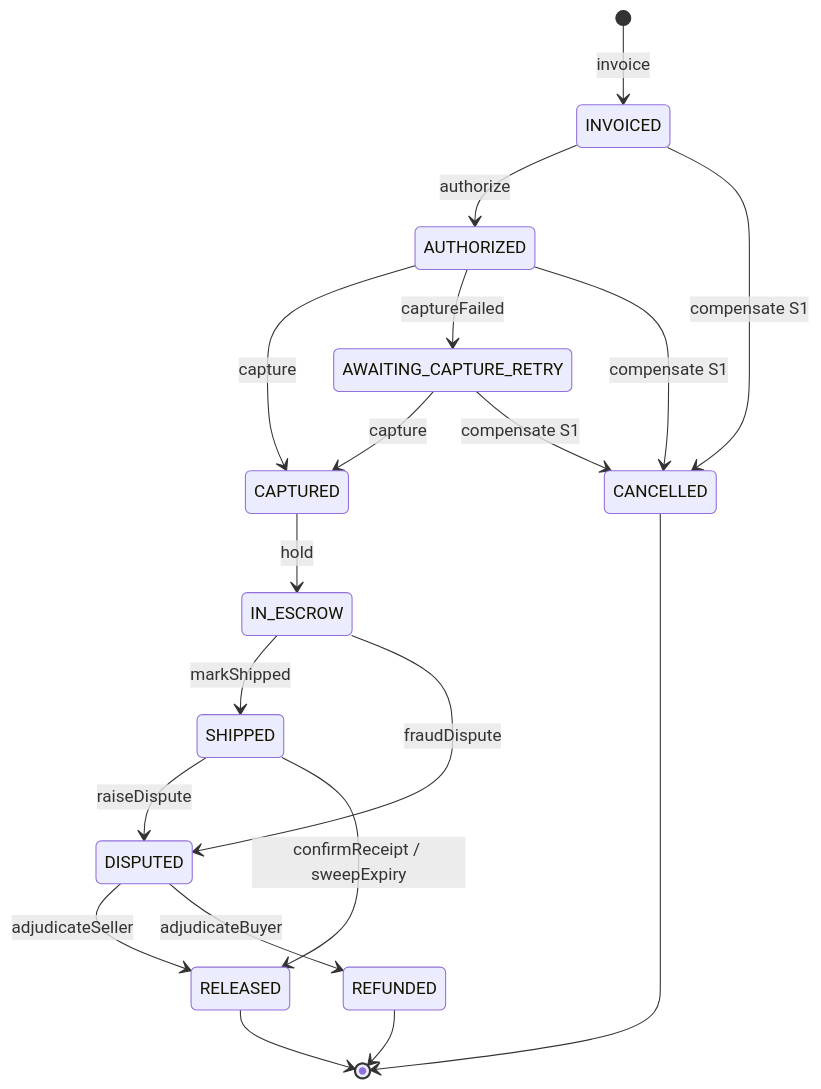
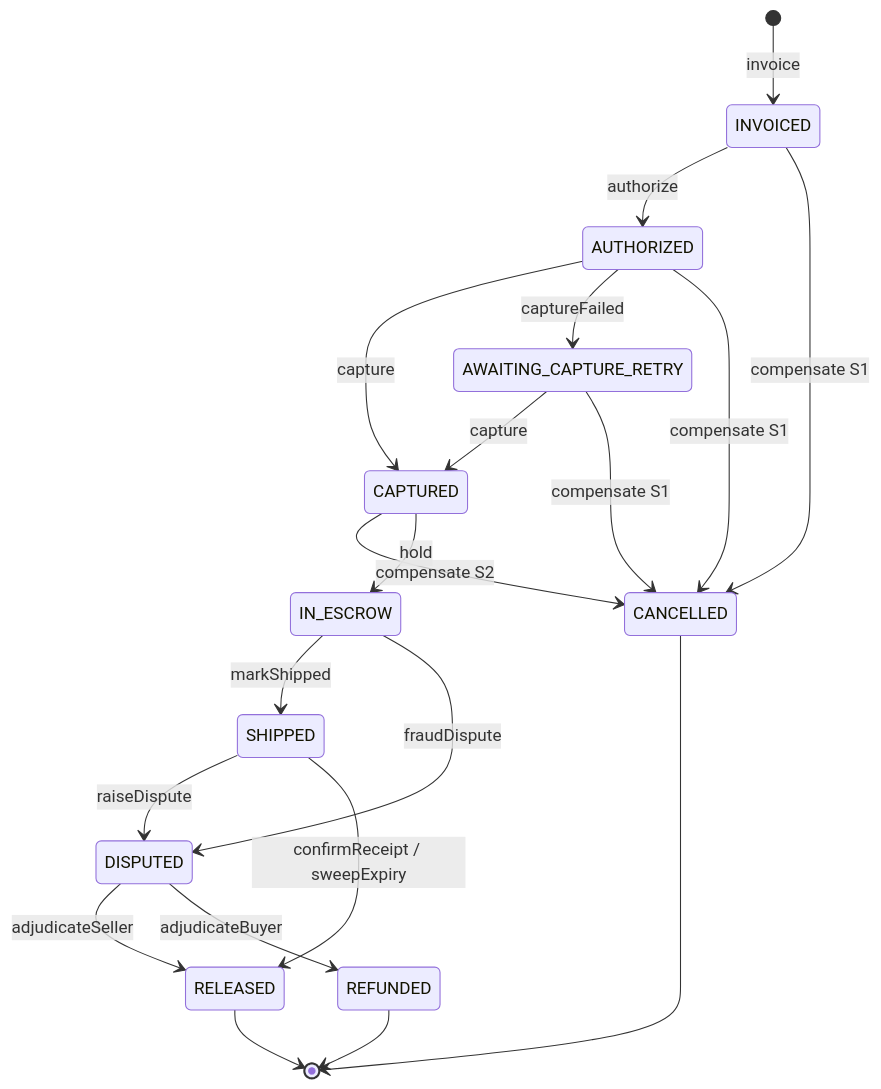
One commit to 24Chessman/ZeoAuction changed the second of 3 diagrams in docs/state-machines.md. Above: the diagram before and after it, drawn with Mermaid. The commit also changed other lines of this file and 8 other files, not shown here.

````diff
--- a/docs/state-machines.md
+++ b/docs/state-machines.md
@@ -71,21 +71,22 @@
 ```mermaid
 stateDiagram-v2
     [*] --> INVOICED: invoice
     INVOICED --> AUTHORIZED: authorize
     AUTHORIZED --> CAPTURED: capture
     AUTHORIZED --> AWAITING_CAPTURE_RETRY: captureFailed
     AWAITING_CAPTURE_RETRY --> CAPTURED: capture
     INVOICED --> CANCELLED: compensate S1
     AUTHORIZED --> CANCELLED: compensate S1
     AWAITING_CAPTURE_RETRY --> CANCELLED: compensate S1
+    CAPTURED --> CANCELLED: compensate S2
     CAPTURED --> IN_ESCROW: hold
     IN_ESCROW --> SHIPPED: markShipped
     SHIPPED --> DISPUTED: raiseDispute
     IN_ESCROW --> DISPUTED: fraudDispute
     SHIPPED --> RELEASED: confirmReceipt / sweepExpiry
     DISPUTED --> RELEASED: adjudicateSeller
     DISPUTED --> REFUNDED: adjudicateBuyer
     RELEASED --> [*]
     REFUNDED --> [*]
     CANCELLED --> [*]
 ```
````
